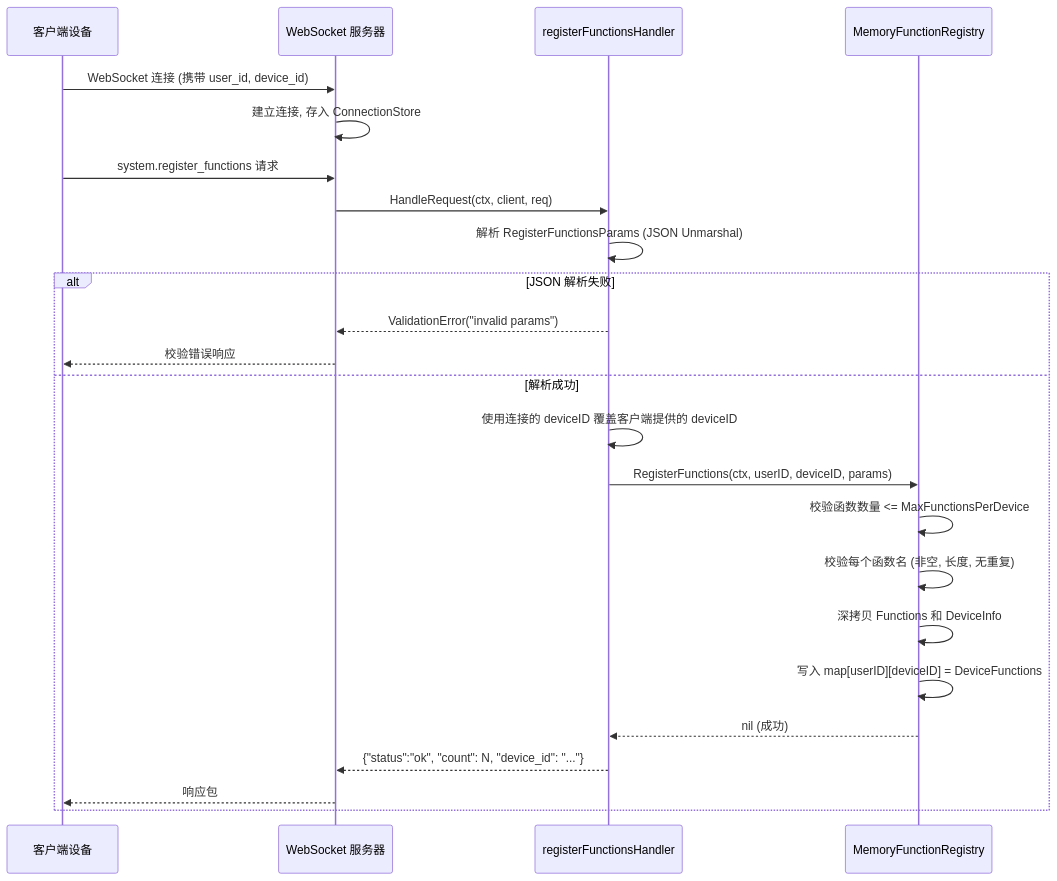
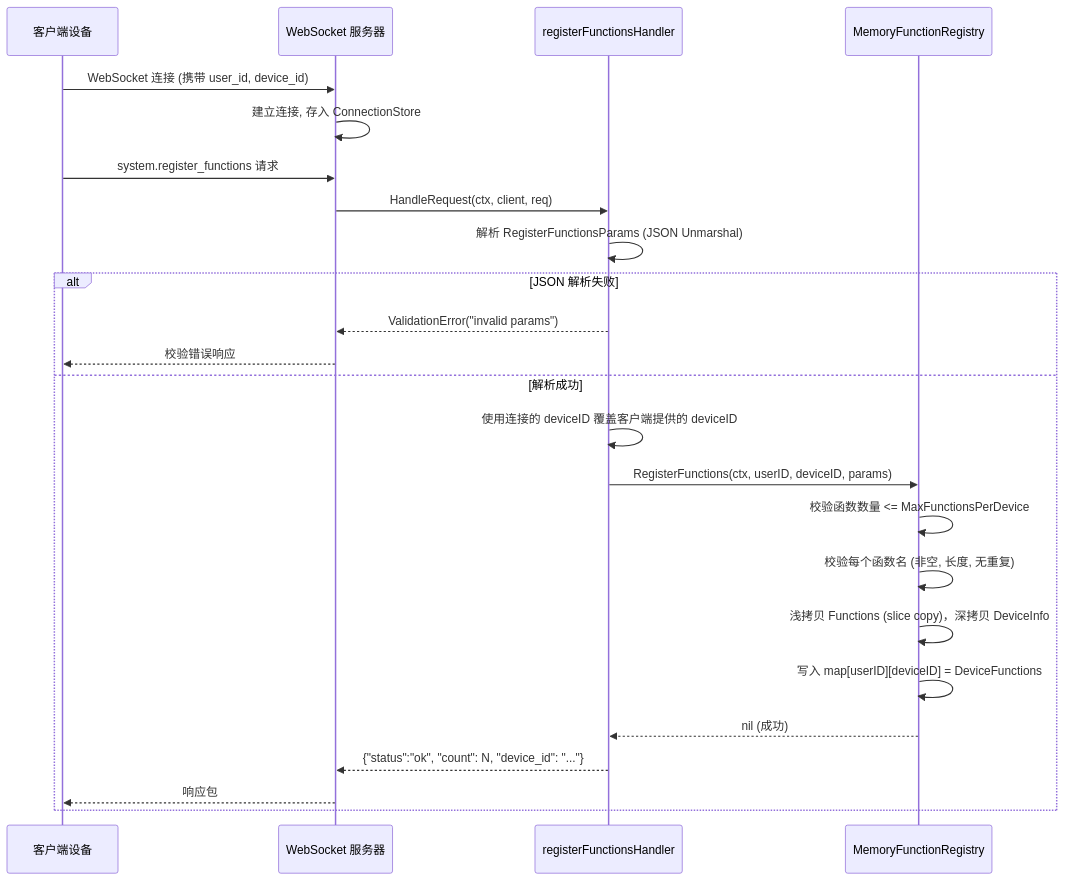
The first of 10 diagrams in wiki/flows/function-registry.md (PineappleBond/xyncra-server), drawn with Mermaid before and after one commit. The commit also changed other lines of this file and 12 other files, not shown here.

Commit message:
docs(wiki): accuracy improvements across flow documents

````diff
--- a/wiki/flows/function-registry.md
+++ b/wiki/flows/function-registry.md
@@ -11,27 +11,27 @@
 ```mermaid
 sequenceDiagram
     participant Client as 客户端设备
     participant WS as WebSocket 服务器
     participant Handler as registerFunctionsHandler
     participant Registry as MemoryFunctionRegistry
 
     Client->>WS: WebSocket 连接 (携带 user_id, device_id)
     WS->>WS: 建立连接, 存入 ConnectionStore
     Client->>WS: system.register_functions 请求
     WS->>Handler: HandleRequest(ctx, client, req)
     Handler->>Handler: 解析 RegisterFunctionsParams (JSON Unmarshal)
     alt JSON 解析失败
         Handler-->>WS: ValidationError("invalid params")
         WS-->>Client: 校验错误响应
     else 解析成功
         Handler->>Handler: 使用连接的 deviceID 覆盖客户端提供的 deviceID
         Handler->>Registry: RegisterFunctions(ctx, userID, deviceID, params)
         Registry->>Registry: 校验函数数量 <= MaxFunctionsPerDevice
         Registry->>Registry: 校验每个函数名 (非空, 长度, 无重复)
-        Registry->>Registry: 深拷贝 Functions 和 DeviceInfo
+        Registry->>Registry: 浅拷贝 Functions (slice copy)，深拷贝 DeviceInfo
         Registry->>Registry: 写入 map[userID][deviceID] = DeviceFunctions
         Registry-->>Handler: nil (成功)
         Handler-->>WS: {"status":"ok", "count": N, "device_id": "..."}
         WS-->>Client: 响应包
     end
 ```
````
